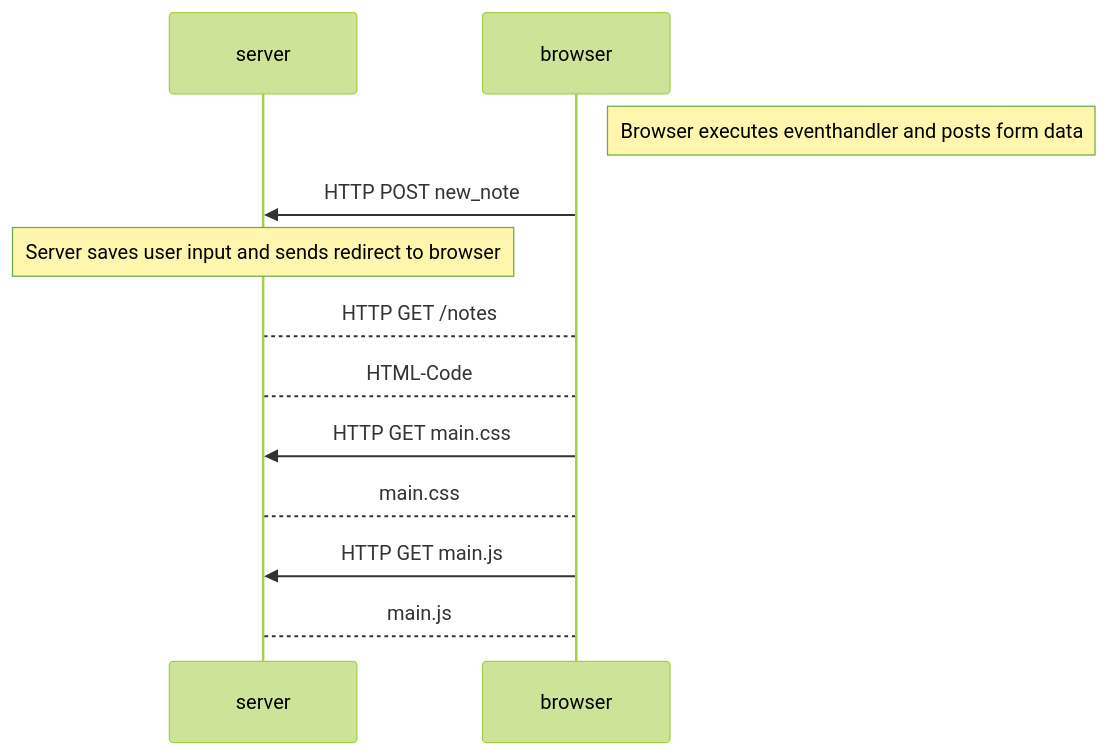
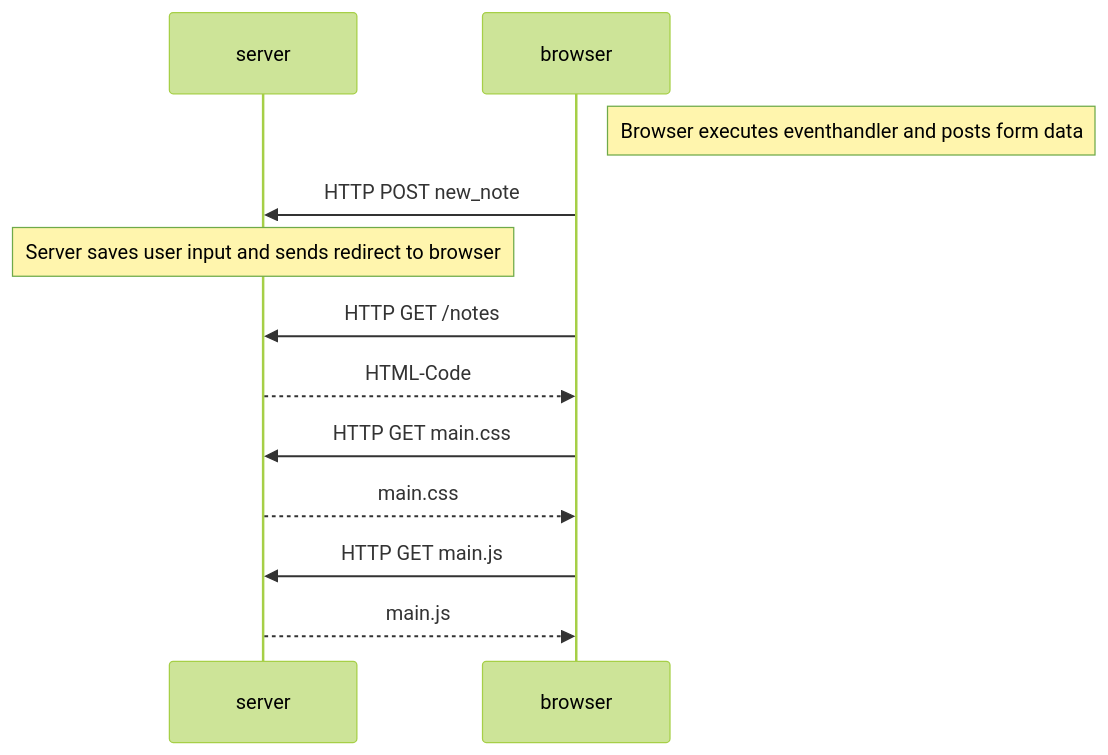
Before and after one commit to mathiasfroehlich/fullstackopen-course: the diagram in part0/new_note.md, drawn with Mermaid (forest theme).

Commit message:
fixed mermaid syntax

````diff
--- a/part0/new_note.md
+++ b/part0/new_note.md
@@ -3,14 +3,14 @@
 ```mermaid
 sequenceDiagram
     participant server
     participant browser
     Note right of browser: Browser executes eventhandler and posts form data
     browser->>server: HTTP POST new_note 
     Note over server: Server saves user input and sends redirect to browser
-    browser-->server: HTTP GET /notes
-    server-->browser: HTML-Code
+    browser->>server: HTTP GET /notes
+    server-->>browser: HTML-Code
     browser->>server: HTTP GET main.css
-    server-->browser: main.css 
+    server-->>browser: main.css 
     browser->>server: HTTP GET main.js 
-    server-->browser: main.js
+    server-->>browser: main.js
 ```
````
